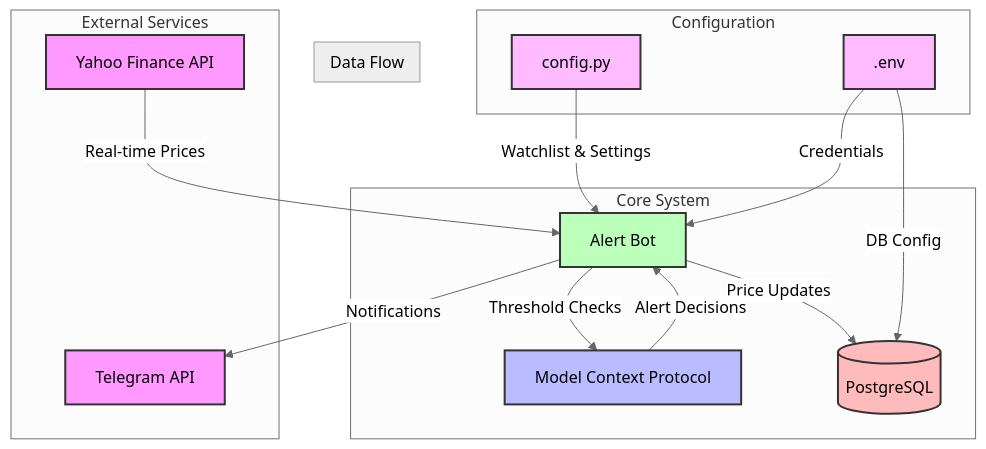
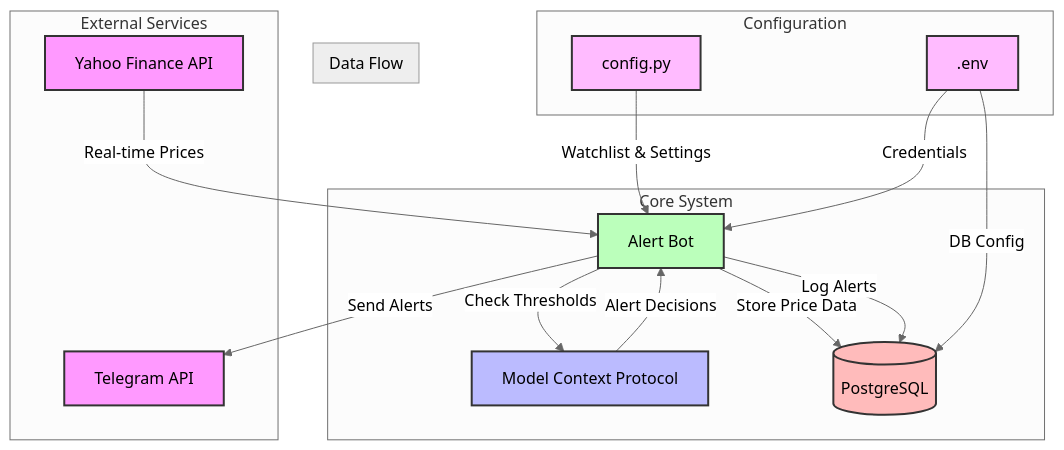
One commit to wuchris-ch/Finance-API-Alert-System changed the diagram in README.md. Above: the diagram before and after it, drawn with Mermaid (neutral theme). The commit also changed other lines of this file, not shown here.

Commit message:
📖 Update README to clarify Alert Bot functionalities - Revised descriptions for data flow and key components, specifying the roles of the Alert Bot in fetching data, sending alerts, and logging to the database for improved clarity.

````diff
--- a/README.md
+++ b/README.md
@@ -17,38 +17,39 @@
 ```mermaid
 graph TB
     subgraph "External Services"
         YF[Yahoo Finance API]
         TG[Telegram API]
     end
 
     subgraph "Core System"
         MCP[Model Context Protocol]
         AB[Alert Bot]
         DB[(PostgreSQL)]
     end
 
     subgraph "Data Flow"
         YF -->|Real-time Prices| AB
-        AB -->|Price Updates| DB
-        AB -->|Threshold Checks| MCP
+        AB -->|Store Price Data| DB
+        AB -->|Check Thresholds| MCP
         MCP -->|Alert Decisions| AB
-        AB -->|Notifications| TG
+        AB -->|Send Alerts| TG
+        AB -->|Log Alerts| DB
     end
 
     subgraph "Configuration"
         CFG[config.py]
         ENV[.env]
     end
 
     CFG -->|Watchlist & Settings| AB
     ENV -->|Credentials| AB
     ENV -->|DB Config| DB
 
     style YF fill:#f9f,stroke:#333,stroke-width:2px
     style TG fill:#f9f,stroke:#333,stroke-width:2px
     style MCP fill:#bbf,stroke:#333,stroke-width:2px
     style AB fill:#bfb,stroke:#333,stroke-width:2px
     style DB fill:#fbb,stroke:#333,stroke-width:2px
     style CFG fill:#fbf,stroke:#333,stroke-width:2px
     style ENV fill:#fbf,stroke:#333,stroke-width:2px
 ```
````
